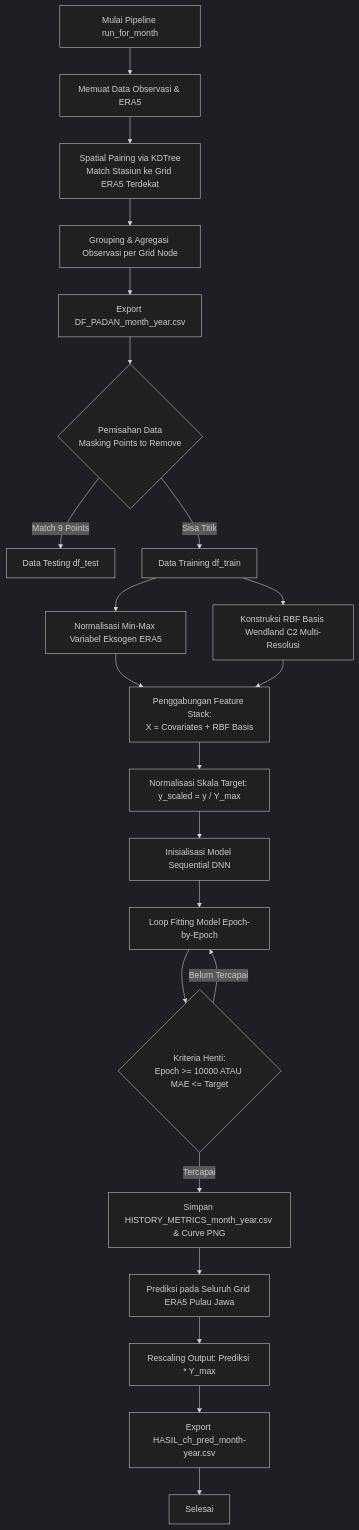
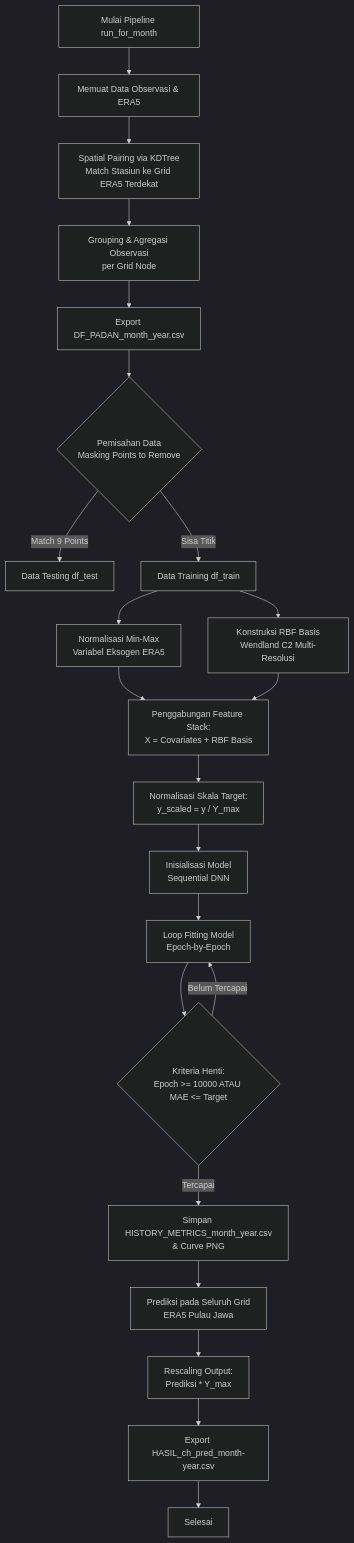
One commit to pxndameong/dk-2026 changed the first of 2 diagrams in README.md. Above: the diagram before and after it, drawn with Mermaid (dark theme). The commit also changed other lines of this file, not shown here.

````diff
--- a/README.md
+++ b/README.md
@@ -26,29 +26,29 @@
 ```mermaid
 flowchart TD
-    A[Mulai Pipeline run_for_month] --> B[Memuat Data Observasi & ERA5]
-    B --> C[Spatial Pairing via KDTree<br/>Match Stasiun ke Grid ERA5 Terdekat]
-    C --> D[Grouping & Agregasi Observasi per Grid Node]
-    D --> E[Export DF_PADAN_month_year.csv]
+    A["Mulai Pipeline run_for_month"] --> B["Memuat Data Observasi & ERA5"]
+    B --> C["Spatial Pairing via KDTree<br/>Match Stasiun ke Grid ERA5 Terdekat"]
+    C --> D["Grouping & Agregasi Observasi<br/>per Grid Node"]
+    D --> E["Export DF_PADAN_month_year.csv"]
     
-    E --> F{Pemisahan Data<br/>Masking Points to Remove}
-    F -->|Match 9 Points| G[Data Testing df_test]
-    F -->|Sisa Titik| H[Data Training df_train]
+    E --> F{"Pemisahan Data<br/>Masking Points to Remove"}
+    F -->|"Match 9 Points"| G["Data Testing df_test"]
+    F -->|"Sisa Titik"| H["Data Training df_train"]
     
-    H --> I[Normalisasi Min-Max Variabel Eksogen ERA5]
-    H --> J[Konstruksi RBF Basis Wendland C2 Multi-Resolusi]
+    H --> I["Normalisasi Min-Max<br/>Variabel Eksogen ERA5"]
+    H --> J["Konstruksi RBF Basis<br/>Wendland C2 Multi-Resolusi"]
     
-    I & J --> K[Penggabungan Feature Stack:<br/>X = Covariates + RBF Basis]
-    K --> L[Normalisasi Skala Target: y_scaled = y / Y_max]
+    I & J --> K["Penggabungan Feature Stack:<br/>X = Covariates + RBF Basis"]
+    K --> L["Normalisasi Skala Target:<br/>y_scaled = y / Y_max"]
     
-    L --> M[Inisialisasi Model Sequential DNN]
-    M --> N[Loop Fitting Model Epoch-by-Epoch]
+    L --> M["Inisialisasi Model<br/>Sequential DNN"]
+    M --> N["Loop Fitting Model<br/>Epoch-by-Epoch"]
     
-    N --> O{Kriteria Henti:<br/>Epoch >= 10000 ATAU MAE <= Target}
-    O -->|Belum Tercapai| N
-    O -->|Tercapai| P[Simpan HISTORY_METRICS_month_year.csv & Curve PNG]
+    N --> O{"Kriteria Henti:<br/>Epoch >= 10000 ATAU MAE <= Target"}
+    O -->|"Belum Tercapai"| N
+    O -->|"Tercapai"| P["Simpan HISTORY_METRICS_month_year.csv<br/>& Curve PNG"]
     
-    P --> Q[Prediksi pada Seluruh Grid ERA5 Pulau Jawa]
-    Q --> R[Rescaling Output: Prediksi * Y_max]
-    R --> S[Export HASIL_ch_pred_month-year.csv]
-    S --> T[Selesai]
+    P --> Q["Prediksi pada Seluruh Grid<br/>ERA5 Pulau Jawa"]
+    Q --> R["Rescaling Output:<br/>Prediksi * Y_max"]
+    R --> S["Export HASIL_ch_pred_month-year.csv"]
+    S --> T["Selesai"]
 ```
````
